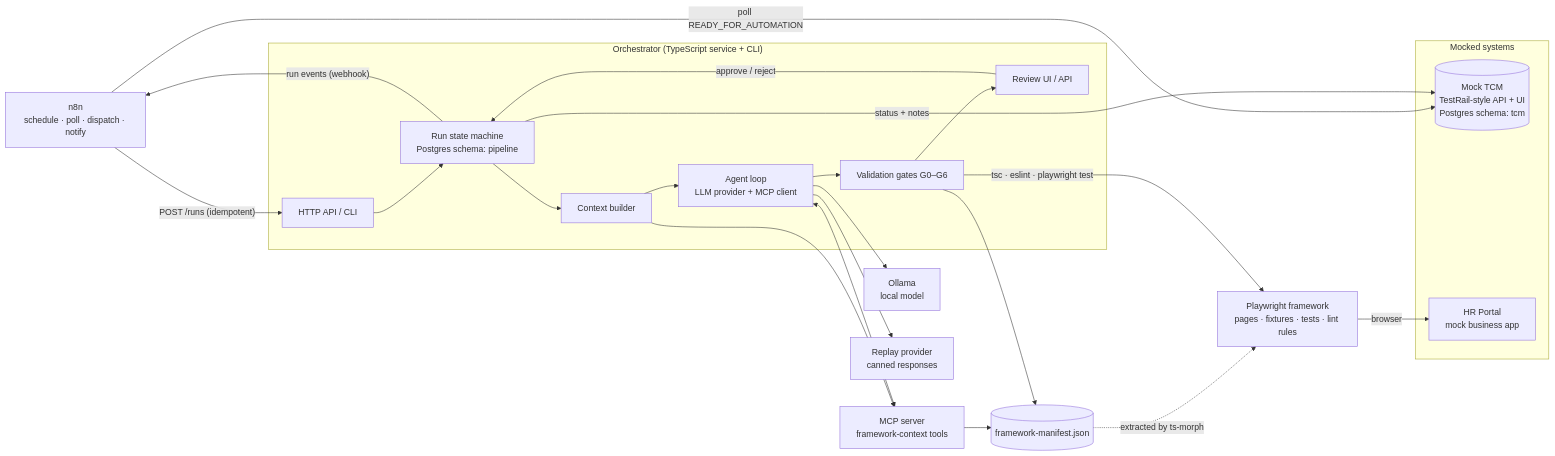
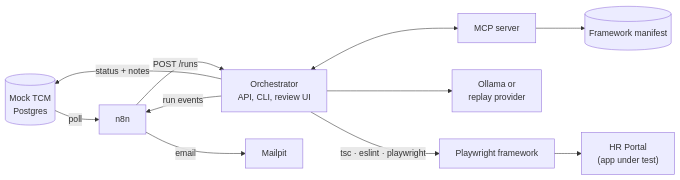
One commit to latczar/agentic-qa-tcm changed the diagram in README.md. Above: the diagram before and after it, drawn with Mermaid. The commit also changed other lines of this file and 5 other files, not shown here.

````diff
--- a/README.md
+++ b/README.md
@@ -24,40 +34,13 @@
 ```mermaid
 flowchart LR
-  subgraph mocked["Mocked systems"]
-    TCM[("Mock TCM<br/>TestRail-style API + UI<br/>Postgres schema: tcm")]
-    APP["HR Portal<br/>mock business app"]
-  end
-
-  N8N["n8n<br/>schedule · poll · dispatch · notify"]
-
-  subgraph orch["Orchestrator (TypeScript service + CLI)"]
-    API["HTTP API / CLI"]
-    SM["Run state machine<br/>Postgres schema: pipeline"]
-    CTX["Context builder"]
-    AG["Agent loop<br/>LLM provider + MCP client"]
-    VAL["Validation gates G0–G6"]
-    REV["Review UI / API"]
-  end
-
-  MCP["MCP server<br/>framework-context tools"]
-  MAN[("framework-manifest.json")]
-  FW["Playwright framework<br/>pages · fixtures · tests · lint rules"]
-  LLM["Ollama<br/>local model"]
-  REPLAY["Replay provider<br/>canned responses"]
-
-  N8N -->|"poll READY_FOR_AUTOMATION"| TCM
-  N8N -->|"POST /runs (idempotent)"| API
-  API --> SM --> CTX --> AG --> VAL --> REV
-  CTX --> MCP
-  AG <--> MCP
-  MCP --> MAN
-  MAN -. "extracted by ts-morph" .-> FW
-  VAL --> MAN
-  VAL -->|"tsc · eslint · playwright test"| FW
-  FW -->|"browser"| APP
-  AG --> LLM
-  AG --> REPLAY
-  REV -->|"approve / reject"| SM
-  SM -->|"status + notes"| TCM
-  SM -->|"run events (webhook)"| N8N
+  TCM[("Mock TCM<br/>Postgres")] -->|"poll"| N8N["n8n"]
+  N8N -->|"POST /runs"| ORCH["Orchestrator<br/>API, CLI, review UI"]
+  ORCH <--> MCP["MCP server"]
+  MCP --> MAN[("Framework manifest")]
+  ORCH --> LLM["Ollama or<br/>replay provider"]
+  ORCH -->|"tsc · eslint · playwright"| FW["Playwright framework"]
+  FW --> APP["HR Portal<br/>(app under test)"]
+  ORCH -->|"status + notes"| TCM
+  ORCH -->|"run events"| N8N
+  N8N -->|"email"| MAIL["Mailpit"]
 ```
````
